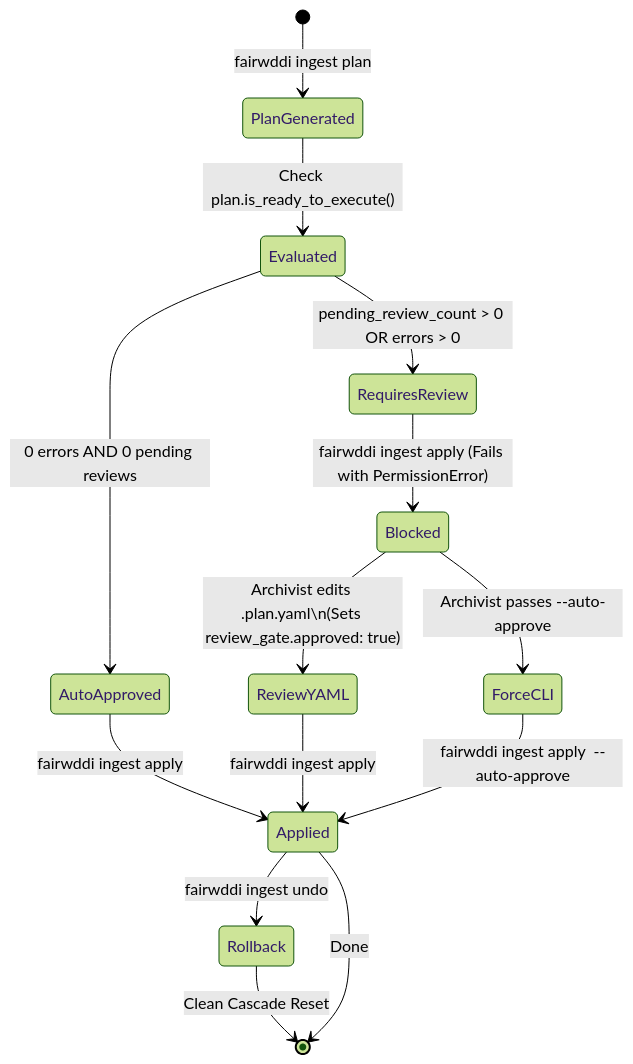
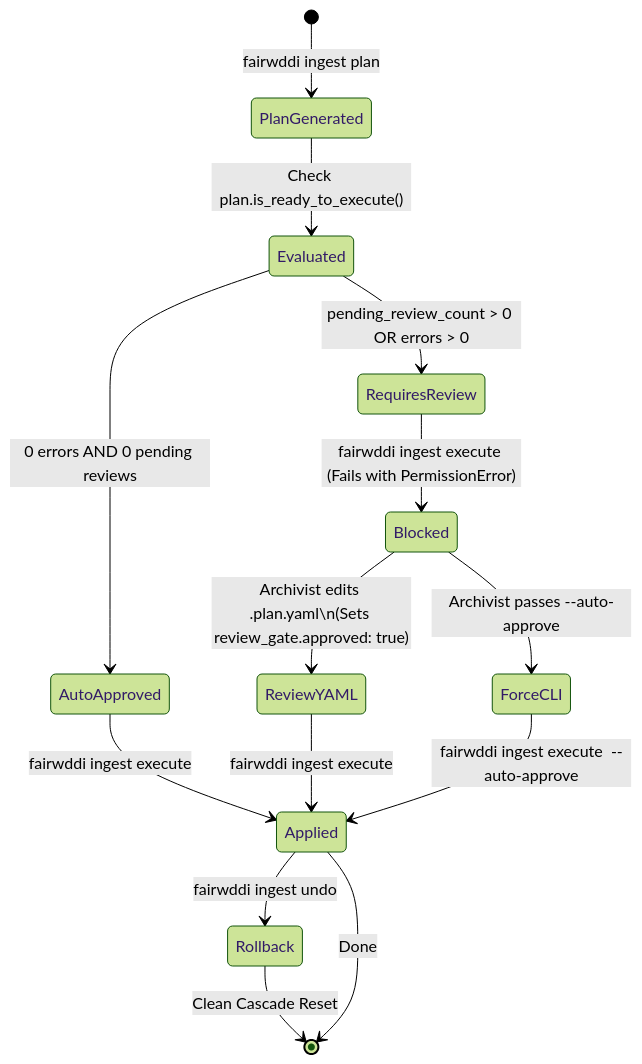
The fourth of 5 diagrams in deliverables/research/ingestion_architecture.md (PlgaH/fairwddi-wp3-3), drawn with Mermaid (forest theme) before and after one commit. The commit also changed 7 other files, not shown here.

Commit message:
refactor: rename ingest apply command to execute

````diff
--- a/deliverables/research/ingestion_architecture.md
+++ b/deliverables/research/ingestion_architecture.md
@@ -326,23 +326,23 @@
 ```mermaid
 stateDiagram-v2
     [*] --> PlanGenerated: fairwddi ingest plan <file>
     
     PlanGenerated --> Evaluated: Check plan.is_ready_to_execute()
     
     state Evaluated <<choice>>
     Evaluated --> AutoApproved: 0 errors AND 0 pending reviews
     Evaluated --> RequiresReview: pending_review_count > 0 OR errors > 0
     
-    AutoApproved --> Applied: fairwddi ingest apply <file>
+    AutoApproved --> Applied: fairwddi ingest execute <plan.yaml>
     
-    RequiresReview --> Blocked: fairwddi ingest apply (Fails with PermissionError)
+    RequiresReview --> Blocked: fairwddi ingest execute (Fails with PermissionError)
     Blocked --> ReviewYAML: Archivist edits .plan.yaml\n(Sets review_gate.approved: true)
     Blocked --> ForceCLI: Archivist passes --auto-approve
     
-    ReviewYAML --> Applied: fairwddi ingest apply <plan.yaml>
-    ForceCLI --> Applied: fairwddi ingest apply <file> --auto-approve
+    ReviewYAML --> Applied: fairwddi ingest execute <plan.yaml>
+    ForceCLI --> Applied: fairwddi ingest execute <plan.yaml> --auto-approve
     
     Applied --> Rollback: fairwddi ingest undo <batch_id>
     Rollback --> [*]: Clean Cascade Reset
     Applied --> [*]: Done
 ```
````
